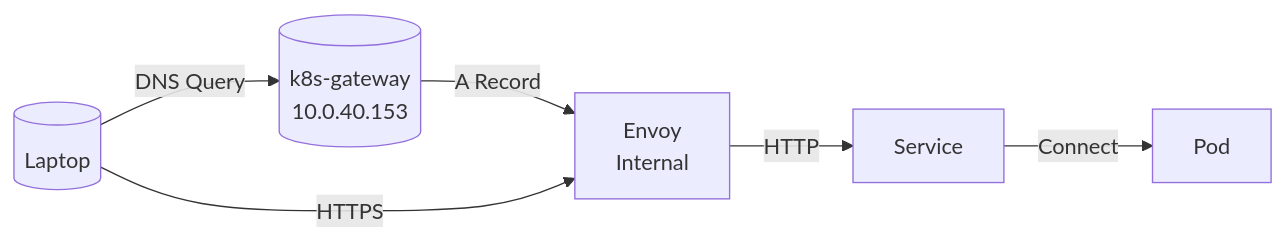
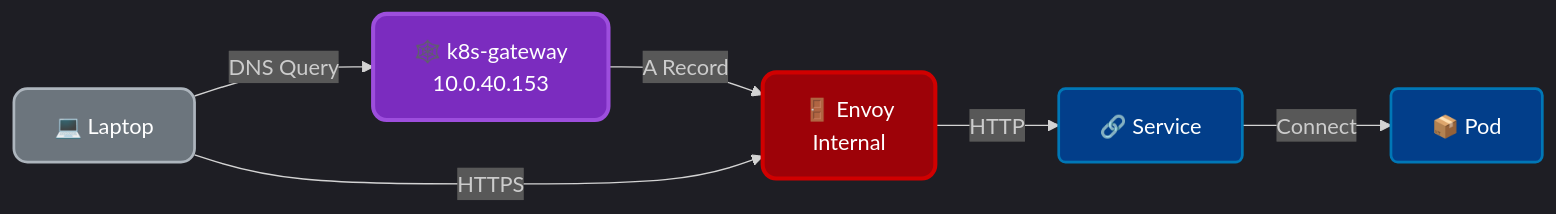
The tenth of 13 diagrams in docs/architecture.md (fabricesemti80/home-argo-cluster-2025), drawn with Mermaid before and after one commit. The commit also changed other lines of this file, not shown here.

First line of the commit message:
docs(architecture): add dark theme styling to Mermaid diagrams

````diff
--- a/docs/architecture.md
+++ b/docs/architecture.md
@@ -336,14 +414,21 @@
 ```mermaid
+%%{init: {'theme': 'dark'}}%%
 flowchart LR
-    Laptop[("Laptop")]
-    DNS[("k8s-gateway<br/>10.0.40.153")]
-    EGInt[Envoy<br/>Internal]
-    SVC[Service]
-    Pod[Pod]
+    %% Styles
+    classDef user fill:#6c757d,stroke:#adb5bd,stroke-width:2px,color:#fff,rx:10
+    classDef dns fill:#7b2cbf,stroke:#9d4edd,stroke-width:3px,color:#fff,rx:10
+    classDef gateway fill:#9d0208,stroke:#d00000,stroke-width:3px,color:#fff,rx:10
+    classDef service fill:#023e8a,stroke:#0077b6,stroke-width:2px,color:#fff,rx:5
     
-    Laptop -->|DNS Query| DNS
-    DNS -->|A Record| EGInt
-    Laptop -->|HTTPS| EGInt
-    EGInt -->|HTTP| SVC
-    SVC -->|Connect| Pod
+    Laptop["💻 Laptop"]:::user
+    DNS["🕸️ k8s-gateway<br/>10.0.40.153"]:::dns
+    EGInt["🚪 Envoy<br/>Internal"]:::gateway
+    SVC["🔗 Service"]:::service
+    Pod["📦 Pod"]:::service
+    
+    Laptop --"DNS Query"--> DNS
+    DNS --"A Record"--> EGInt
+    Laptop --"HTTPS"--> EGInt
+    EGInt --"HTTP"--> SVC
+    SVC --"Connect"--> Pod
 ```
````
